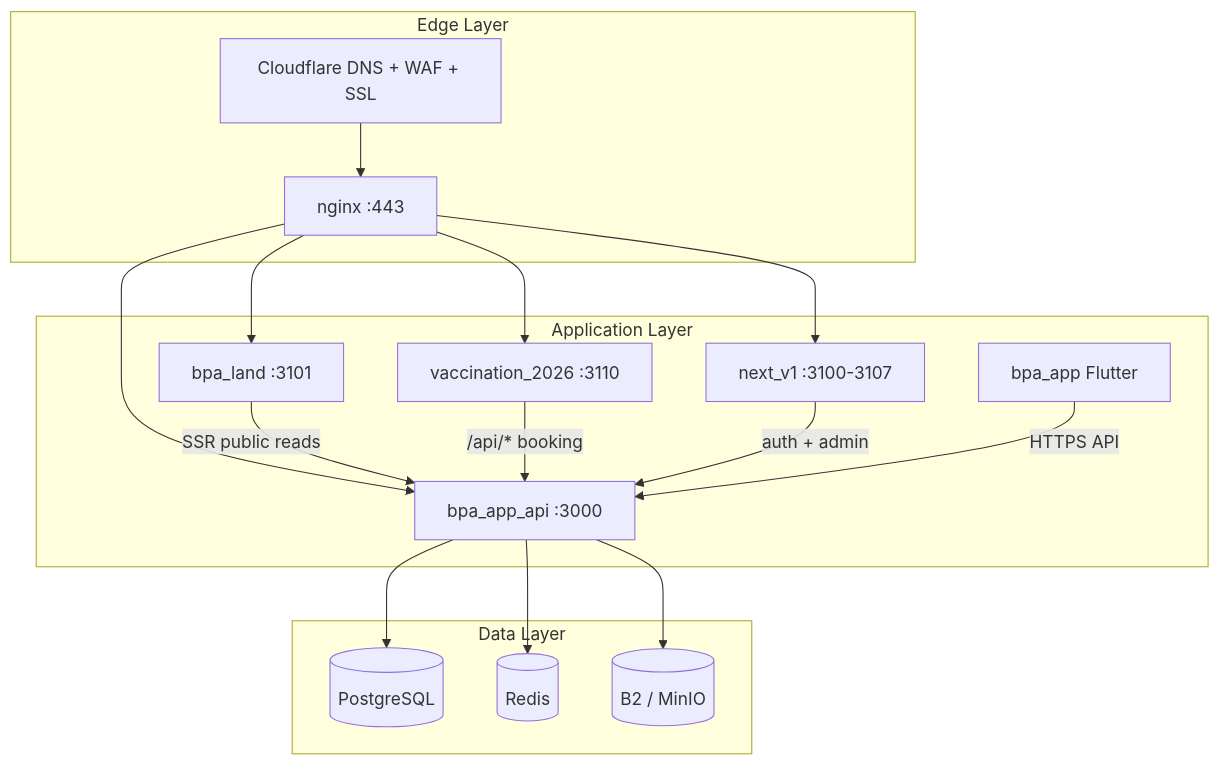
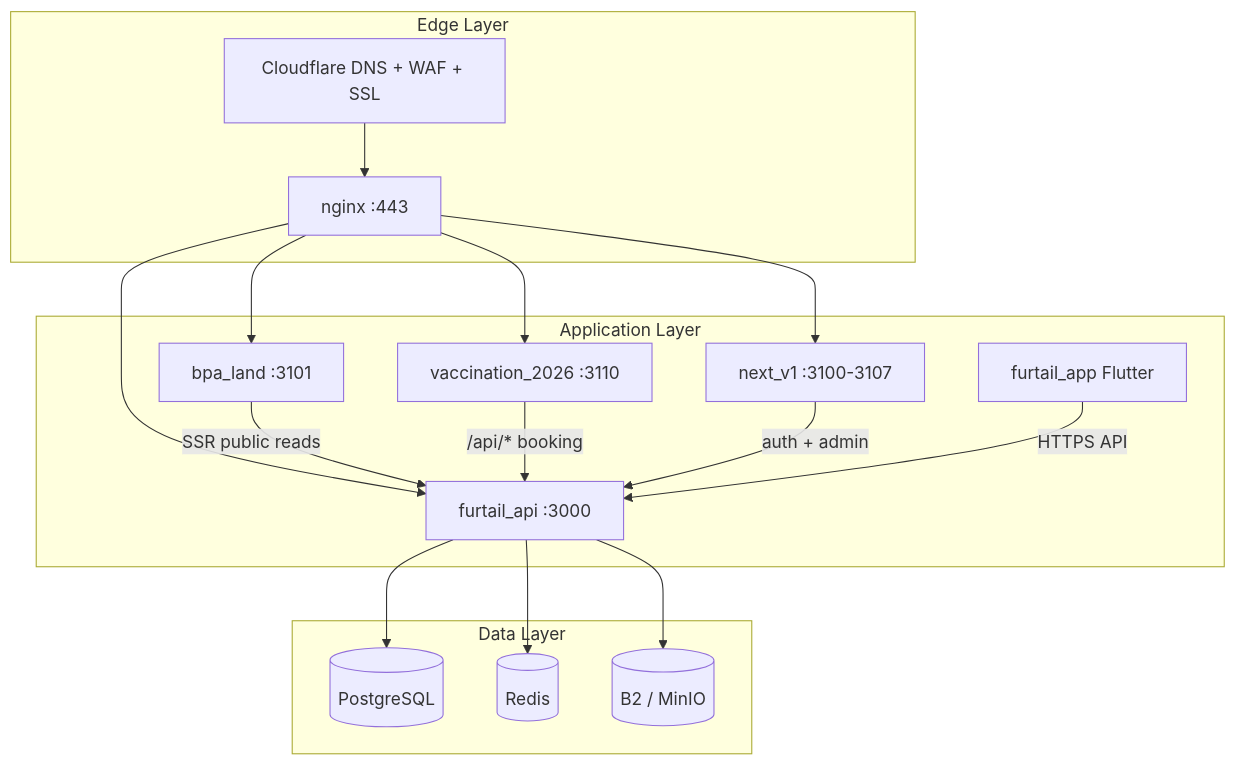
Before and after one commit to balagpetcare/furtail_api: the diagram in docs/deployment/BPA_DEPLOYMENT_READINESS_AUDIT.md, drawn with Mermaid. The commit also changed other lines of this file and 375 other files, not shown here.

Commit message:
chore(furtail-api): rename project and domains to Furtail

````diff
--- a/docs/deployment/BPA_DEPLOYMENT_READINESS_AUDIT.md
+++ b/docs/deployment/BPA_DEPLOYMENT_READINESS_AUDIT.md
@@ -484,36 +484,36 @@
 ```mermaid
 flowchart TB
     subgraph edge [Edge Layer]
         CF[Cloudflare DNS + WAF + SSL]
         NGX[nginx :443]
     end
 
     subgraph apps [Application Layer]
         LAND[bpa_land :3101]
         VAC[vaccination_2026 :3110]
-        API[bpa_app_api :3000]
+        API[furtail_api :3000]
         WEB[next_v1 :3100-3107]
-        APP[bpa_app Flutter]
+        APP[furtail_app Flutter]
     end
 
     subgraph data [Data Layer]
         PG[(PostgreSQL)]
         RD[(Redis)]
         S3[(B2 / MinIO)]
     end
 
     CF --> NGX
     NGX --> LAND
     NGX --> VAC
     NGX --> API
     NGX --> WEB
 
     LAND -->|SSR public reads| API
     VAC -->|/api/* booking| API
     WEB -->|auth + admin| API
     APP -->|HTTPS API| API
 
     API --> PG
     API --> RD
     API --> S3
 ```
````
